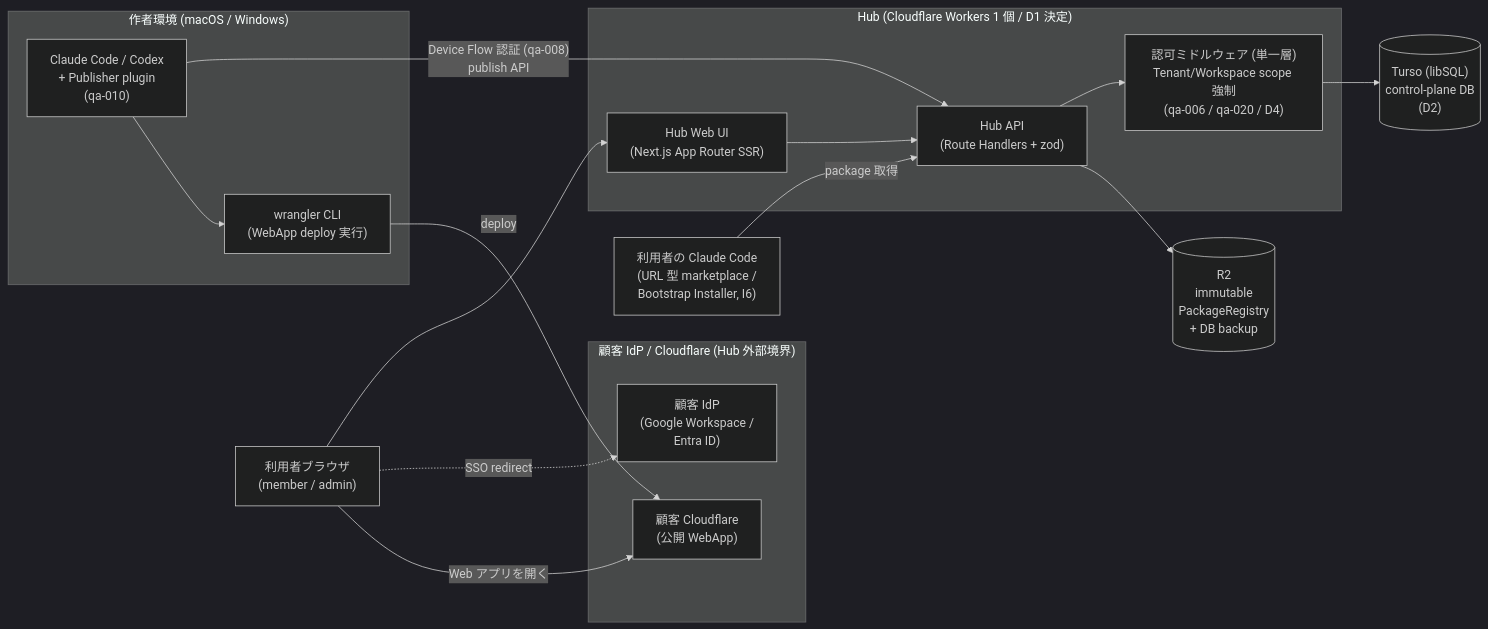
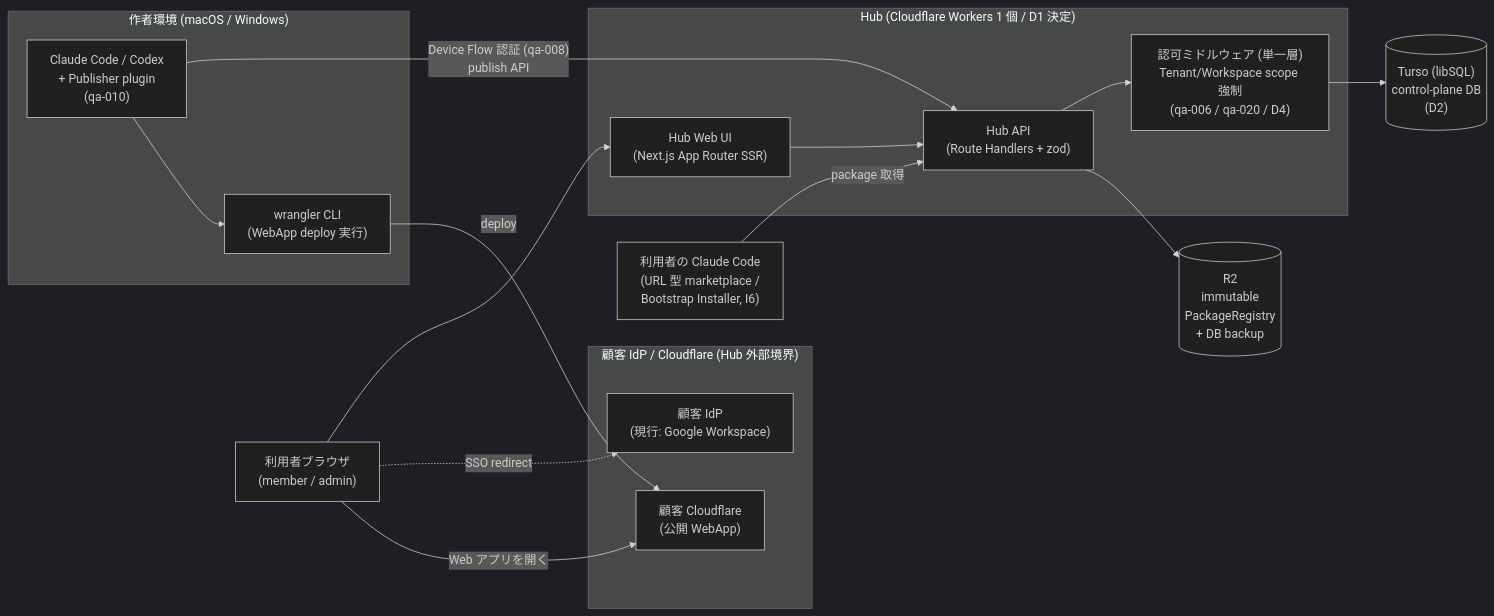
The diagram in docs/system-design-overview.md (daishiman/HarnessHub), drawn with Mermaid (dark theme) before and after one commit. The commit also changed 31 other files, not shown here.

````diff
--- a/docs/system-design-overview.md
+++ b/docs/system-design-overview.md
@@ -14,30 +14,30 @@
 ```mermaid
 graph LR
     subgraph 作者環境["作者環境 (macOS / Windows)"]
         CC["Claude Code / Codex<br/>+ Publisher plugin<br/>(qa-010)"]
         WR["wrangler CLI<br/>(WebApp deploy 実行)"]
     end
     subgraph 顧客側["顧客 IdP / Cloudflare (Hub 外部境界)"]
-        IDP["顧客 IdP<br/>(Google Workspace /<br/>Entra ID)"]
+        IDP["顧客 IdP<br/>(現行: Google Workspace)"]
         CFA["顧客 Cloudflare<br/>(公開 WebApp)"]
     end
     subgraph Hub["Hub (Cloudflare Workers 1 個 / D1 決定)"]
         UI["Hub Web UI<br/>(Next.js App Router SSR)"]
         API["Hub API<br/>(Route Handlers + zod)"]
         MW["認可ミドルウェア (単一層)<br/>Tenant/Workspace scope 強制<br/>(qa-006 / qa-020 / D4)"]
     end
     DB[("Turso (libSQL)<br/>control-plane DB<br/>(D2)")]
     R2[("R2<br/>immutable<br/>PackageRegistry<br/>+ DB backup")]
     USR["利用者ブラウザ<br/>(member / admin)"]
     CLI2["利用者の Claude Code<br/>(URL 型 marketplace /<br/>Bootstrap Installer, I6)"]
 
     CC -->|"Device Flow 認証 (qa-008)<br/>publish API"| API
     CC --> WR -->|deploy| CFA
     USR --> UI
     USR -.->|SSO redirect| IDP
     UI --> API
     API --> MW --> DB
     API --> R2
     CLI2 -->|package 取得| API
     USR -->|Web アプリを開く| CFA
 ```
````
